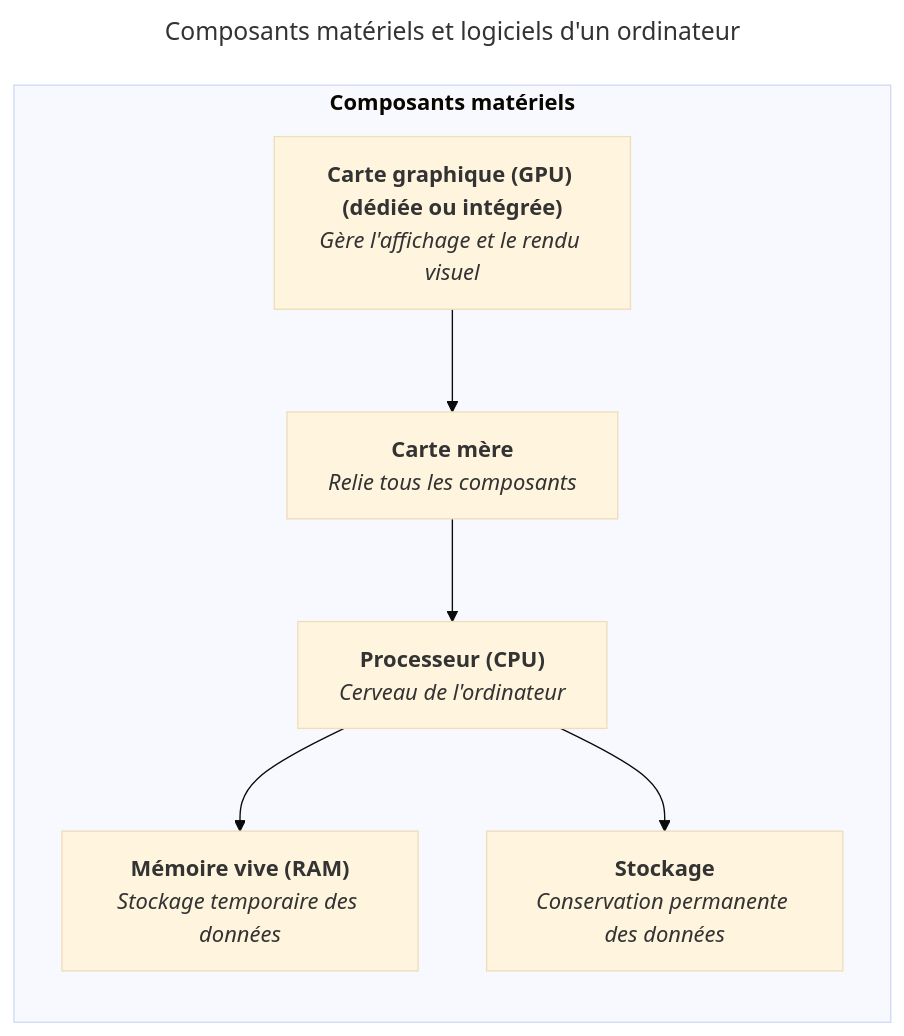
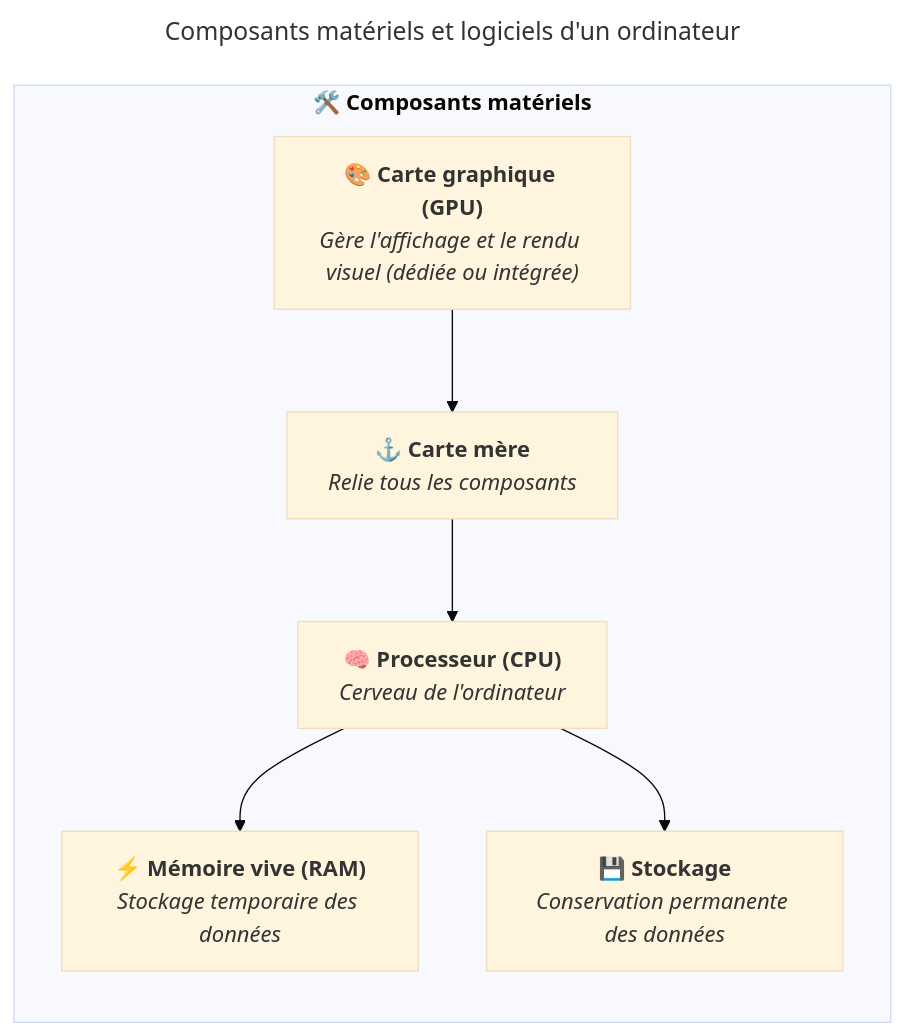
Before and after one commit to heig-vd-upinfo-course/heig-vd-upinfo-course: the diagram in src/content/docs/03-composants-materiels-et-logiciels-dun-ordinateur/06-carte-graphique-gpu.mdx, drawn with Mermaid (base theme). The commit also changed 26 other files, not shown here.

````diff
--- a/src/content/docs/03-composants-materiels-et-logiciels-dun-ordinateur/06-carte-graphique-gpu.mdx
+++ b/src/content/docs/03-composants-materiels-et-logiciels-dun-ordinateur/06-carte-graphique-gpu.mdx
@@ -37,35 +37,35 @@
 ```mermaid
 ---
 title: Composants matériels et logiciels d'un ordinateur
 ---
 flowchart
   CPU["`
-    **Processeur (CPU)**
+    **🧠 Processeur (CPU)**
     _Cerveau de l'ordinateur_
   `"]
   RAM["`
-    **Mémoire vive (RAM)**
+    **⚡ Mémoire vive (RAM)**
     _Stockage temporaire des données_
   `"]
   Storage["`
-    **Stockage**
+    **💾 Stockage**
     _Conservation permanente des données_
   `"]
   Motherboard["`
-    **Carte mère**
+    **⚓ Carte mère**
     _Relie tous les composants_
   `"]
   GPU["`
-    **Carte graphique (GPU) (dédiée ou intégrée)**
-    _Gère l'affichage et le rendu visuel_
+    **🎨 Carte graphique (GPU)**
+    _Gère l'affichage et le rendu visuel (dédiée ou intégrée)_
   `"]
 
-  subgraph Hardware["`**Composants matériels**`"]
+  subgraph Hardware["`**🛠️ Composants matériels**`"]
     direction TB
 
     CPU --> RAM
     CPU --> Storage
     Motherboard --> CPU
     GPU --> Motherboard
   end
 ```
````
